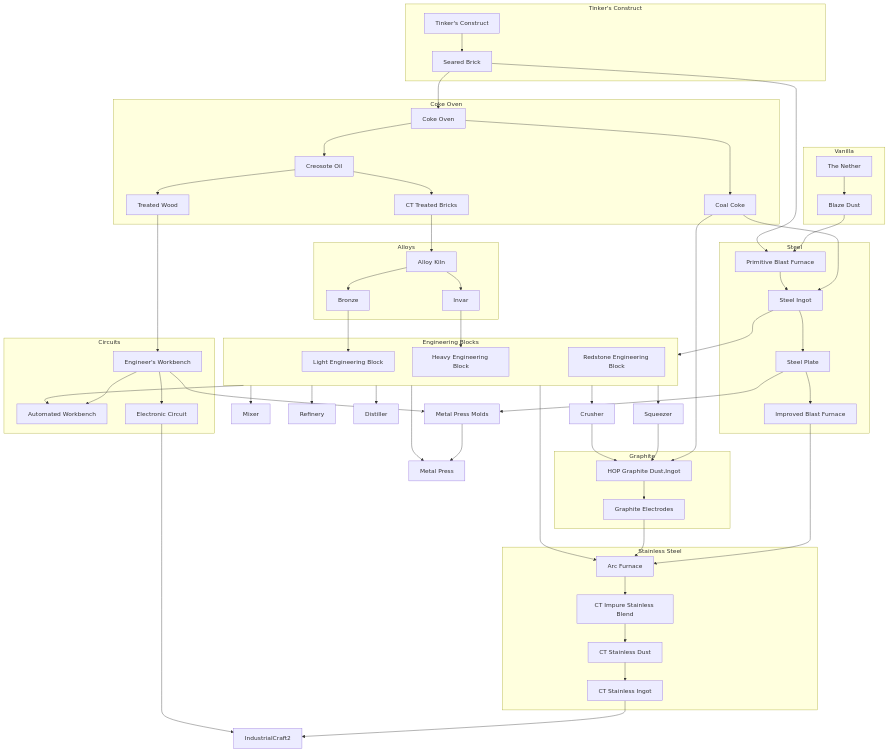
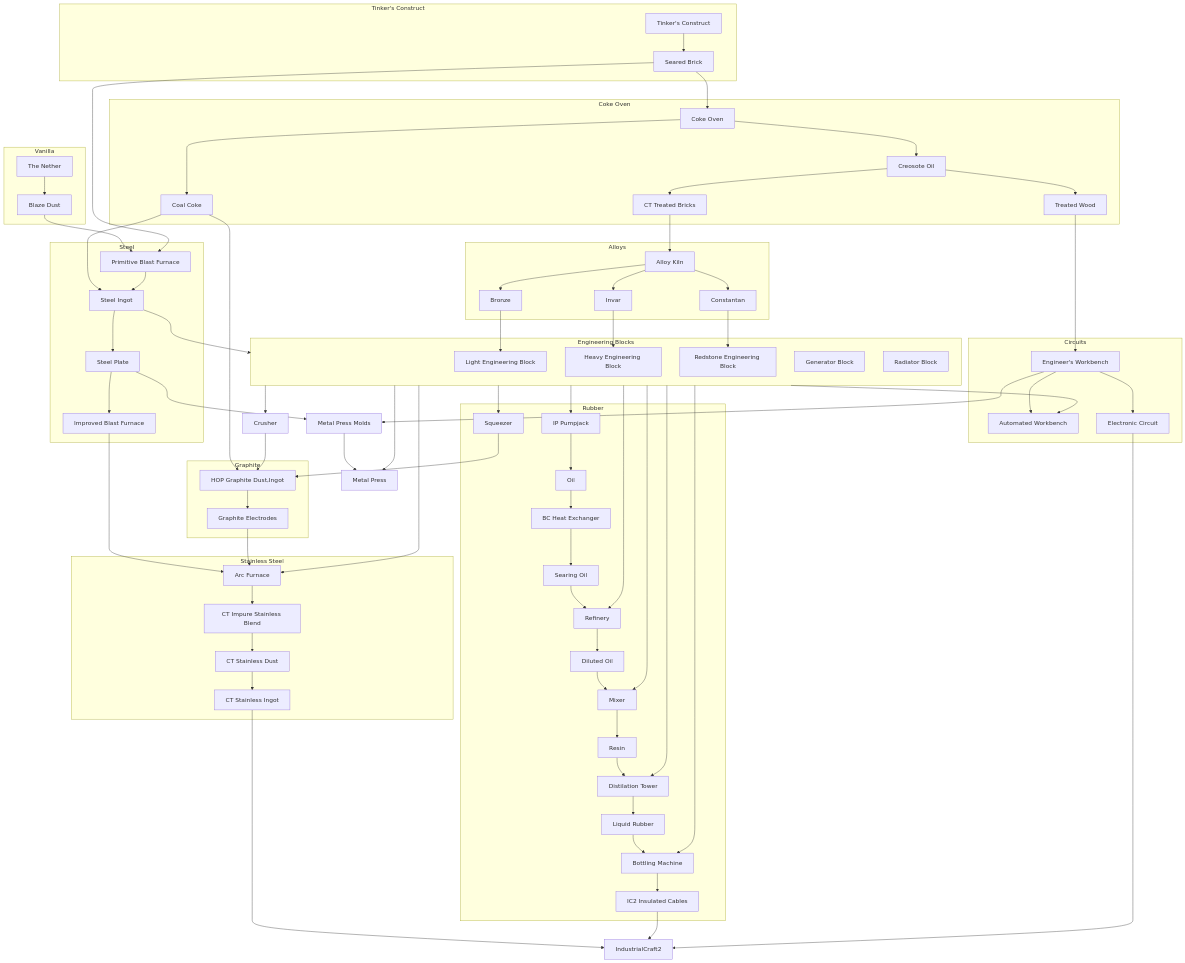
Before and after one commit to bigyihsuan/progression-pack: the diagram in docs/quests/immersive.md, drawn with Mermaid. The commit also changed 30 other files, not shown here.

````diff
--- a/docs/quests/immersive.md
+++ b/docs/quests/immersive.md
@@ -7,10 +7,6 @@
 seared[Seared Brick]
 end
 press[Metal Press]
-mixer[Mixer]
-refinery[Refinery]
-distiller[Distiller]
-squeezer[Squeezer]
 crusher[Crusher]
 subgraph Circuits
 engi_table[Engineer's Workbench]
@@ -28,11 +24,14 @@
 kiln[Alloy Kiln]
 bronze[Bronze]
 invar[Invar]
+const[Constantan]
 end
 subgraph engin [Engineering Blocks]
 light[Light Engineering Block]
 heavy[Heavy Engineering Block]
 redst[Redstone Engineering Block]
+gener[Generator Block]
+radia[Radiator Block]
 end
 subgraph Steel
 pri_blast[Primitive Blast Furnace]
@@ -57,15 +56,33 @@
 end
 ic2[IndustrialCraft2]
 
+subgraph Rubber
+mixer[Mixer]
+refinery[Refinery]
+distiller[Distilation Tower]
+pumpjack[IP Pumpjack]
+heater[BC Heat Exchanger]
+squeezer[Squeezer]
+bottler[Bottling Machine]
+
+oil[Oil]
+searoil[Searing Oil]
+diloil[Diluted Oil]
+resin[Resin]
+rubber[Liquid Rubber]
+cables[IC2 Insulated Cables]
+end
+
 tic --> seared --> oven
 oven --> coke & creo
 creo --> treat & brick
 engi_table --> molds
 treat --> engi_table --> auto_table
 engi_table --> circuit
-brick --> kiln --> bronze & invar
+brick --> kiln --> bronze & invar & const
 bronze --> light
 invar --> heavy
+const --> redst
 nether --> blaze
 blaze & seared --> pri_blast
 coke & pri_blast --> steel
@@ -73,9 +90,16 @@
 steel --> plate
 plate --> imp_blast --> arc
 plate --> molds --> press
-engin --> press & auto_table & arc & mixer & refinery & distiller & squeezer & crusher
+engin --> press & auto_table & arc & mixer & refinery & distiller & squeezer & crusher & pumpjack & bottler
 coke & squeezer & crusher --> hop --> electrode --> arc
 arc --> stainb --> staind -->  staini
 staini --> ic2
-circuit --> ic2
+
+pumpjack --> oil
+oil --> heater --> searoil
+searoil --> refinery --> diloil
+diloil --> mixer --> resin
+resin --> distiller --> rubber
+rubber --> bottler --> cables
+cables & circuit --> ic2
 ```
````
